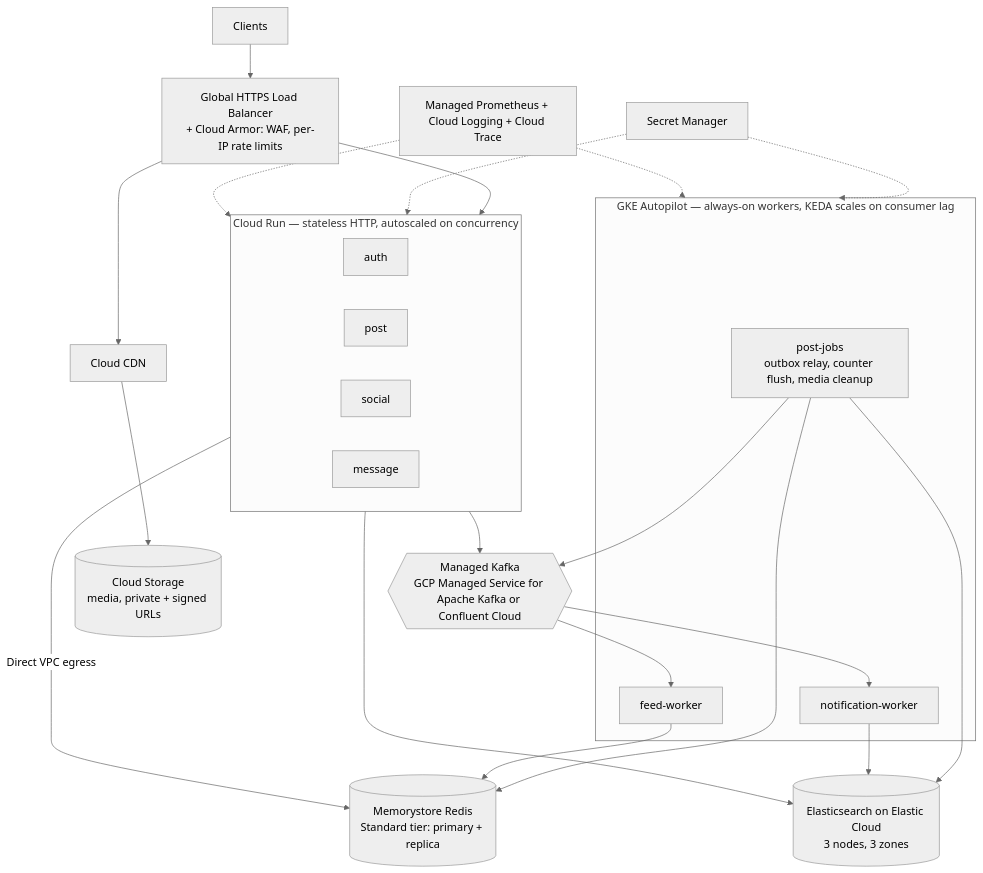
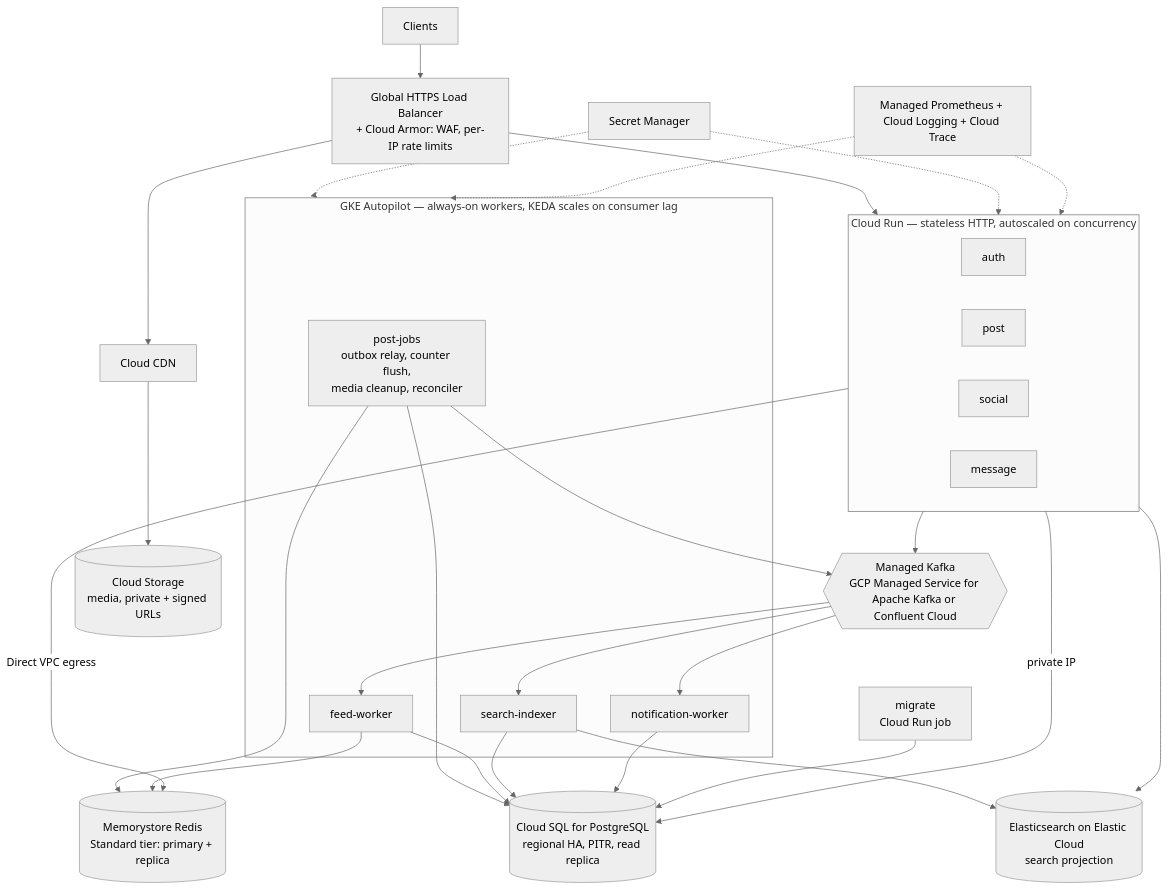
One commit to Rolinmuuu/Social-AI-Backend changed the diagram in docs/CLOUD.md. Above: the diagram before and after it, drawn with Mermaid (neutral theme). The commit also changed other lines of this file and 14 other files, not shown here.

````diff
--- a/docs/CLOUD.md
+++ b/docs/CLOUD.md
@@ -7,30 +7,34 @@
 ```mermaid
 flowchart TB
   U[Clients] --> LB[Global HTTPS Load Balancer<br/>+ Cloud Armor: WAF, per-IP rate limits]
   LB --> CDN[Cloud CDN] --> GCS[(Cloud Storage<br/>media, private + signed URLs)]
   LB --> CR
 
   subgraph CR[Cloud Run — stateless HTTP, autoscaled on concurrency]
     AUTH[auth] 
     POST[post]
     SOC[social]
     MSG[message]
   end
 
   subgraph GKE[GKE Autopilot — always-on workers, KEDA scales on consumer lag]
-    JOBS[post-jobs<br/>outbox relay, counter flush, media cleanup]
+    JOBS[post-jobs<br/>outbox relay, counter flush,<br/>media cleanup, reconciler]
     FEED[feed-worker]
+    IDX[search-indexer]
     NOTI[notification-worker]
   end
 
   CR -->|Direct VPC egress| MR[(Memorystore Redis<br/>Standard tier: primary + replica)]
-  CR --> ESC[(Elasticsearch on Elastic Cloud<br/>3 nodes, 3 zones)]
+  CR -->|private IP| SQL[(Cloud SQL for PostgreSQL<br/>regional HA, PITR, read replica)]
+  CR --> ESC[(Elasticsearch on Elastic Cloud<br/>search projection)]
   CR --> KF{{Managed Kafka<br/>GCP Managed Service for Apache Kafka or Confluent Cloud}}
-  JOBS --> ESC & KF & MR
-  KF --> FEED & NOTI
-  FEED --> MR
-  NOTI --> ESC
+  JOBS --> SQL & KF & MR
+  KF --> FEED & IDX & NOTI
+  FEED --> MR & SQL
+  IDX --> SQL & ESC
+  NOTI --> SQL
+  MIG[migrate<br/>Cloud Run job] --> SQL
 
   SM[Secret Manager] -.-> CR & GKE
   OBS[Managed Prometheus + Cloud Logging + Cloud Trace] -.-> CR & GKE
 ```
````
